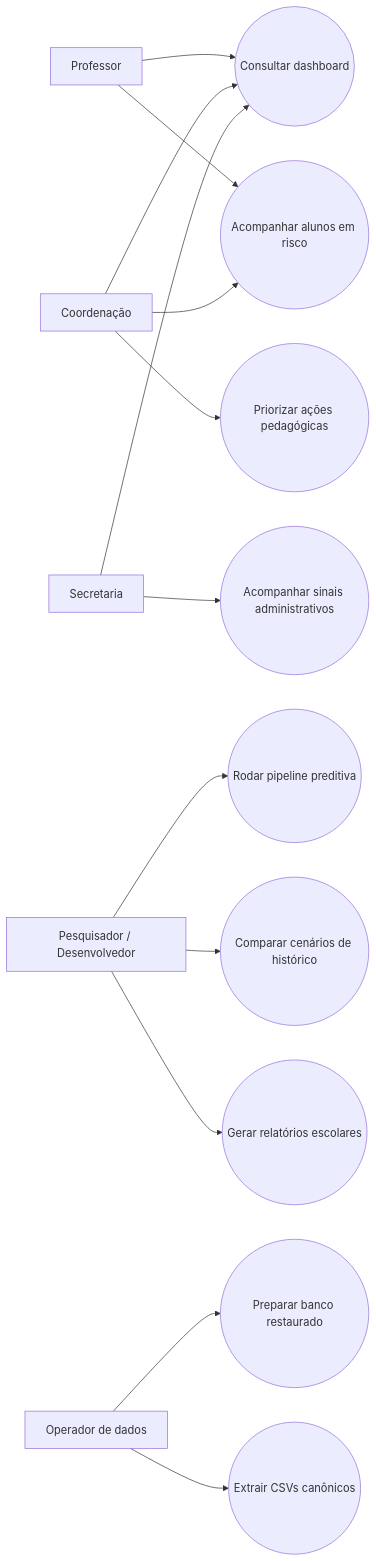
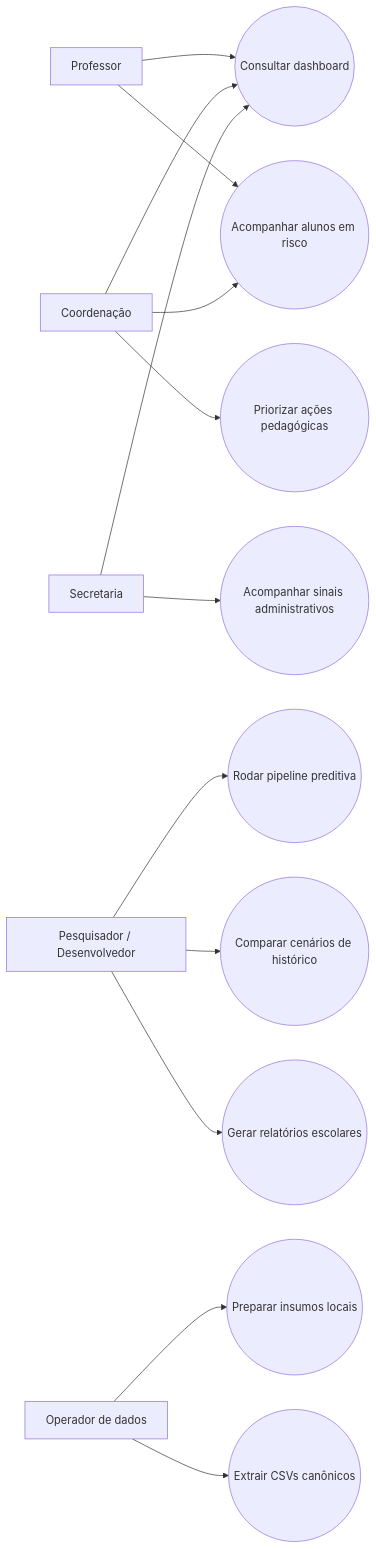
The diagram in diagrama/casos_de_uso.md (Ley00/school-predictor), drawn with Mermaid before and after one commit. The commit also changed 25 other files, not shown here.

````diff
--- a/diagrama/casos_de_uso.md
+++ b/diagrama/casos_de_uso.md
@@ -5,31 +5,31 @@
 ```mermaid
 flowchart LR
     Professor["Professor"]
     Coordenacao["Coordenação"]
     Secretaria["Secretaria"]
     Pesquisador["Pesquisador / Desenvolvedor"]
     Operador["Operador de dados"]
 
-    UC1(("Preparar banco restaurado"))
+    UC1(("Preparar insumos locais"))
     UC2(("Extrair CSVs canônicos"))
     UC3(("Rodar pipeline preditiva"))
     UC4(("Comparar cenários de histórico"))
     UC5(("Gerar relatórios escolares"))
     UC6(("Consultar dashboard"))
     UC7(("Acompanhar alunos em risco"))
     UC8(("Priorizar ações pedagógicas"))
     UC9(("Acompanhar sinais administrativos"))
 
     Operador --> UC1
     Operador --> UC2
     Pesquisador --> UC3
     Pesquisador --> UC4
     Pesquisador --> UC5
     Professor --> UC6
     Professor --> UC7
     Coordenacao --> UC6
     Coordenacao --> UC7
     Coordenacao --> UC8
     Secretaria --> UC6
     Secretaria --> UC9
 ```
````
